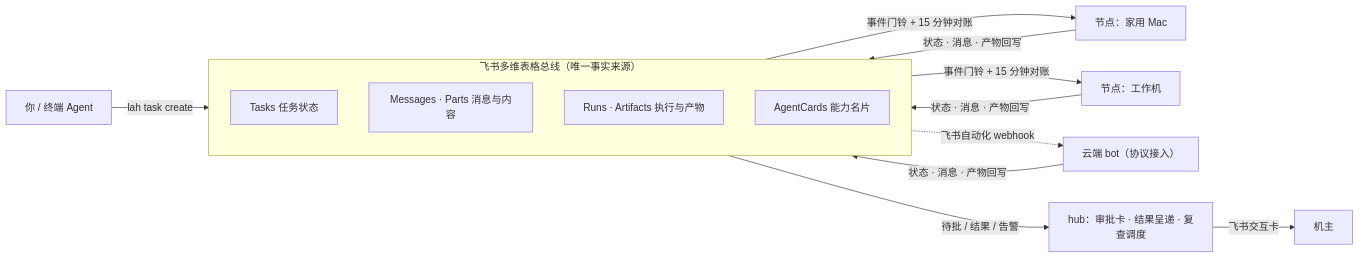
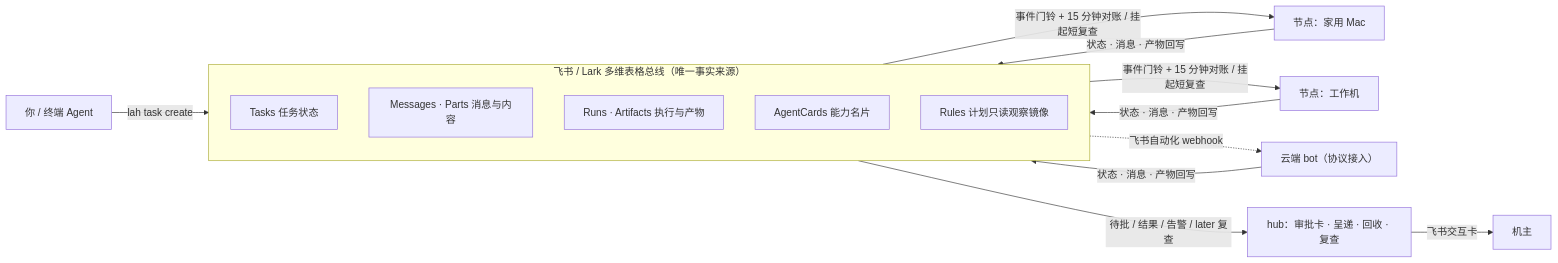
One commit to backtomyfuture/lark-a2a-hub changed the first of 2 diagrams in README.md. Above: the diagram before and after it, drawn with Mermaid. The commit also changed other lines of this file and 4 other files, not shown here.

Commit message:
docs(readme): 重构 README 结构并同步至 v0.8.1 / 标准 v3.8（含配图与坏链修复）

````diff
--- a/README.md
+++ b/README.md
@@ -47,17 +101,18 @@
 ```mermaid
 flowchart LR
     OP["你 / 终端 Agent"] -->|"lah task create"| BUS
-    subgraph BUS["飞书多维表格总线（唯一事实来源）"]
+    subgraph BUS["飞书 / Lark 多维表格总线（唯一事实来源）"]
         direction TB
         T["Tasks 任务状态"]
         M["Messages · Parts 消息与内容"]
         R["Runs · Artifacts 执行与产物"]
         C["AgentCards 能力名片"]
+        L["Rules 计划只读观察镜像"]
     end
-    BUS -->|"事件门铃 + 15 分钟对账"| N1["节点：家用 Mac"]
-    BUS -->|"事件门铃 + 15 分钟对账"| N2["节点：工作机"]
+    BUS -->|"事件门铃 + 15 分钟对账 / 挂起短复查"| N1["节点：家用 Mac"]
+    BUS -->|"事件门铃 + 15 分钟对账 / 挂起短复查"| N2["节点：工作机"]
     BUS -.->|"飞书自动化 webhook"| N3["云端 bot（协议接入）"]
     N1 & N2 & N3 -->|"状态 · 消息 · 产物回写"| BUS
-    BUS -->|"待批 / 结果 / 告警"| HUB["hub：审批卡 · 结果呈递 · 复查调度"]
+    BUS -->|"待批 / 结果 / 告警 / later 复查"| HUB["hub：审批卡 · 呈递 · 回收 · 复查"]
     HUB -->|"飞书交互卡"| OWNER["机主"]
 ```
````
